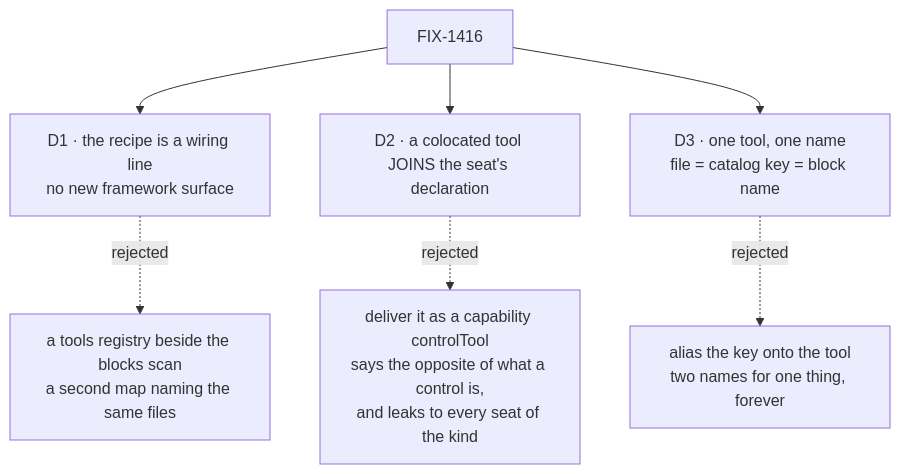
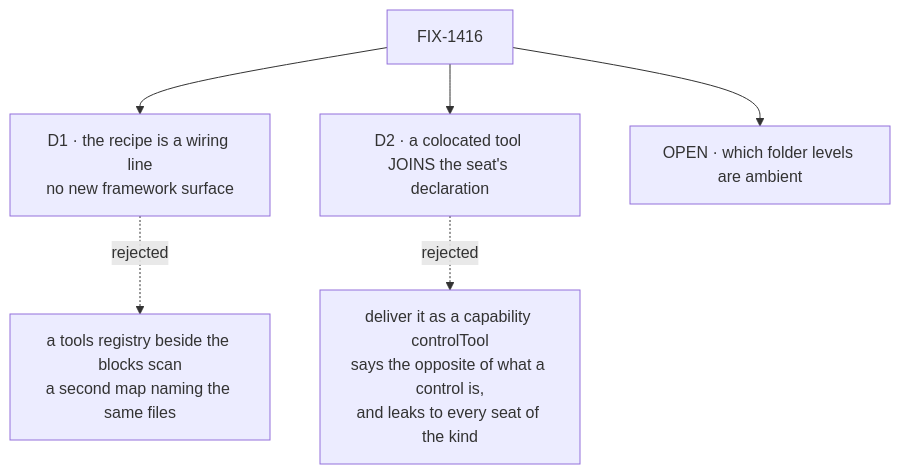
Before and after one commit to fixpoint-labs/flow-state-dev: the diagram in spec/FIX-1416/DECISIONS.md, drawn with Mermaid. The commit also changed other lines of this file and 2 other files, not shown here.

First line of the commit message:
spec(FIX-1416): demote the one-name rule to 'decided, not asked'

````diff
--- a/spec/FIX-1416/DECISIONS.md
+++ b/spec/FIX-1416/DECISIONS.md
@@ -10,9 +10,8 @@
 ```mermaid
 flowchart TD
   I["FIX-1416"] --> D1["D1 · the recipe is a wiring line<br/>no new framework surface"]
   D1 -.->|"rejected"| X1["a tools registry beside the blocks scan<br/>a second map naming the same files"]
   I --> D2["D2 · a colocated tool JOINS the seat's declaration"]
   D2 -.->|"rejected"| X2["deliver it as a capability controlTool<br/>says the opposite of what a control is,<br/>and leaks to every seat of the kind"]
-  I --> D3["D3 · one tool, one name<br/>file = catalog key = block name"]
-  D3 -.->|"rejected"| X3["alias the key onto the tool<br/>two names for one thing, forever"]
+  I --> Q["OPEN · which folder levels are ambient"]
 ```
````
